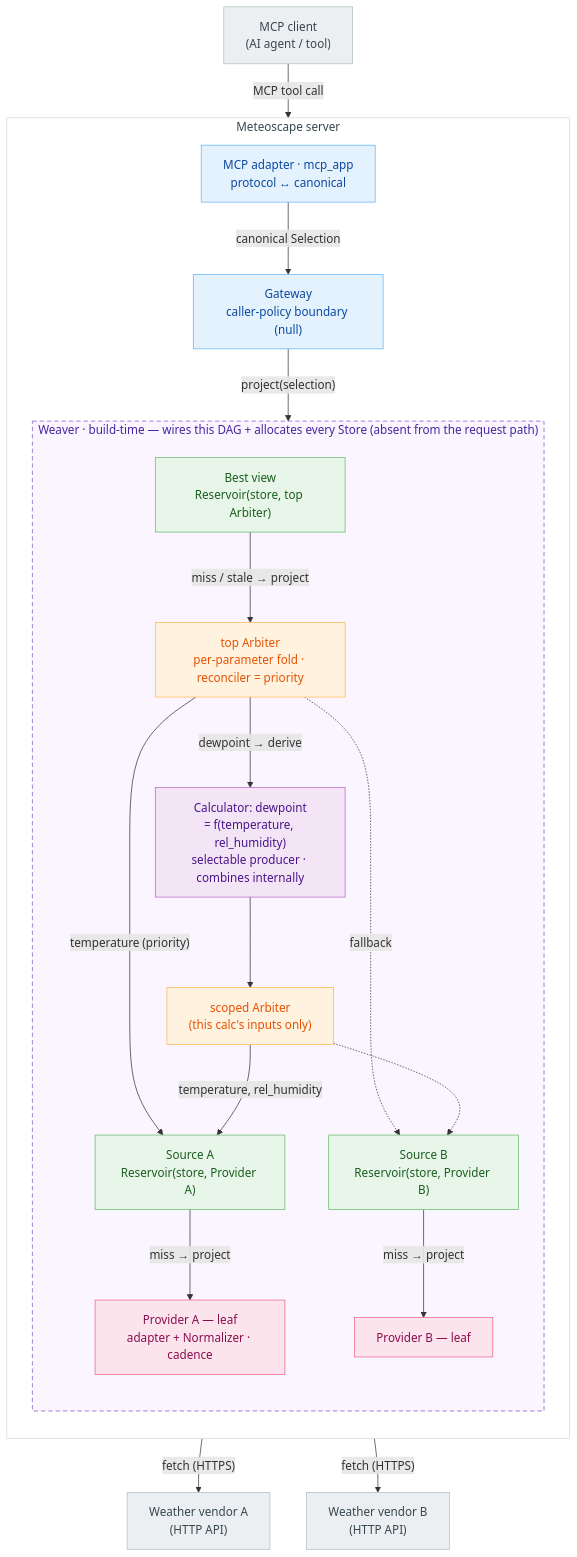
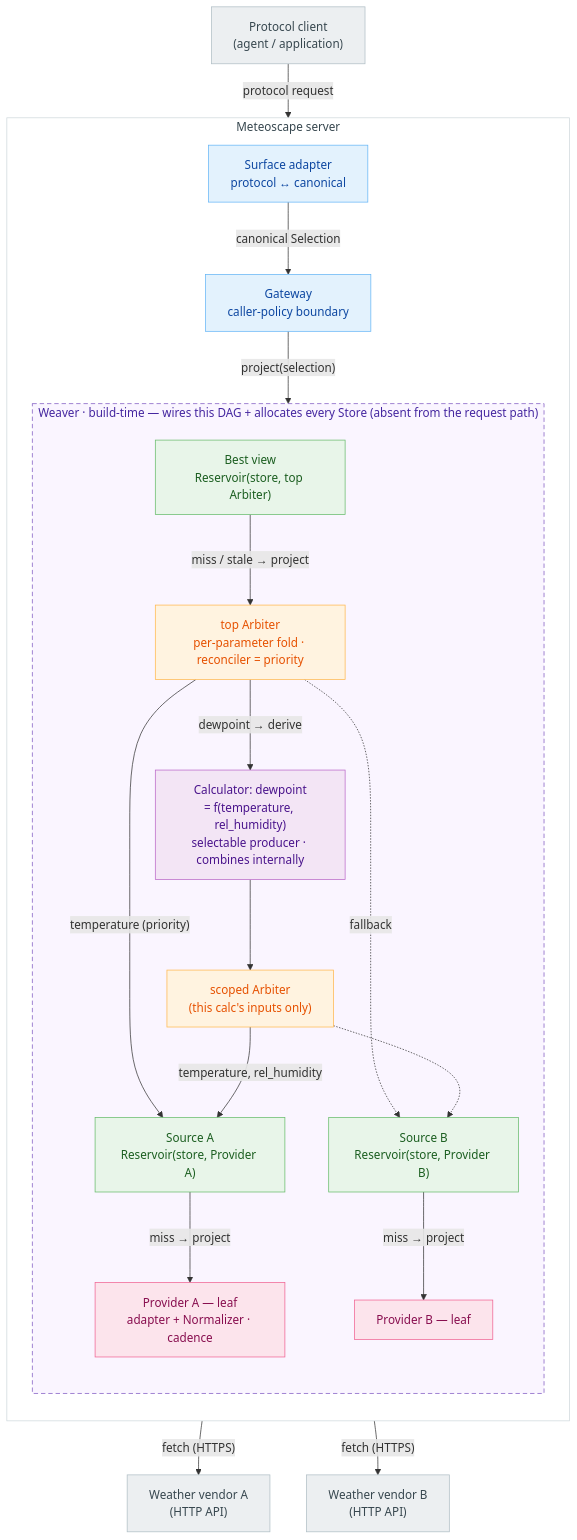
One commit to dveyarangi/meteoscape changed the third of 3 diagrams in docs/architecture.md. Above: the diagram before and after it, drawn with Mermaid. The commit also changed other lines of this file and 26 other files, not shown here.

Commit message:
docs: separate architecture from delivery status

````diff
--- a/docs/architecture.md
+++ b/docs/architecture.md
@@ -114,63 +114,63 @@
 ```mermaid
 flowchart TB
-  CLIENT["MCP client<br/>(AI agent / tool)"]
+  CLIENT["Protocol client<br/>(agent / application)"]
 
   subgraph SERVER["Meteoscape server"]
     direction TB
-    MCP["MCP adapter · mcp_app<br/>protocol ↔ canonical"]
-    GW["Gateway<br/>caller-policy boundary (null)"]
+    ADAPTER["Surface adapter<br/>protocol ↔ canonical"]
+    GW["Gateway<br/>caller-policy boundary"]
 
     subgraph WOVEN["Weaver · build-time — wires this DAG + allocates every Store (absent from the request path)"]
       direction TB
       BEST["Best view<br/>Reservoir(store, top Arbiter)"]
       ARB["top Arbiter<br/>per-parameter fold · reconciler = priority"]
 
       CALC["Calculator: dewpoint<br/>= f(temperature, rel_humidity)<br/>selectable producer · combines internally"]
       CARB["scoped Arbiter<br/>(this calc's inputs only)"]
 
       SA["Source A<br/>Reservoir(store, Provider A)"]
       SB["Source B<br/>Reservoir(store, Provider B)"]
 
       PA["Provider A — leaf<br/>adapter + Normalizer · cadence"]
       PB["Provider B — leaf"]
     end
   end
 
   VA["Weather vendor A<br/>(HTTP API)"]
   VB["Weather vendor B<br/>(HTTP API)"]
 
-  CLIENT -->|"MCP tool call"| MCP
-  MCP -->|"canonical Selection"| GW
+  CLIENT -->|"protocol request"| ADAPTER
+  ADAPTER -->|"canonical Selection"| GW
   GW -->|"project(selection)"| BEST
   BEST -->|"miss / stale → project"| ARB
 
   ARB -->|"temperature (priority)"| SA
   ARB -.->|"fallback"| SB
   ARB -->|"dewpoint → derive"| CALC
 
   CALC --> CARB
   CARB -->|"temperature, rel_humidity"| SA
   CARB -.-> SB
 
   SA -->|"miss → project"| PA
   SB -->|"miss → project"| PB
   PA -->|"fetch (HTTPS)"| VA
   PB -->|"fetch (HTTPS)"| VB
 
   classDef ext fill:#eceff1,stroke:#b0bec5,color:#37474f;
   classDef edge fill:#e3f2fd,stroke:#64b5f6,color:#0d47a1;
   classDef reservoir fill:#e8f5e9,stroke:#66bb6a,color:#1b5e20;
   classDef arbiter fill:#fff3e0,stroke:#ffb74d,color:#e65100;
   classDef calc fill:#f3e5f5,stroke:#ba68c8,color:#4a148c;
   classDef provider fill:#fce4ec,stroke:#f06292,color:#880e4f;
 
   class CLIENT,VA,VB ext;
-  class MCP,GW edge;
+  class ADAPTER,GW edge;
   class BEST,SA,SB reservoir;
   class ARB,CARB arbiter;
   class CALC calc;
   class PA,PB provider;
 
   style SERVER fill:#ffffff,stroke:#cfd8dc,color:#37474f;
   style WOVEN fill:#faf5ff,stroke:#7e57c2,stroke-width:1px,stroke-dasharray:6 4,color:#4527a0;
 ```
````
